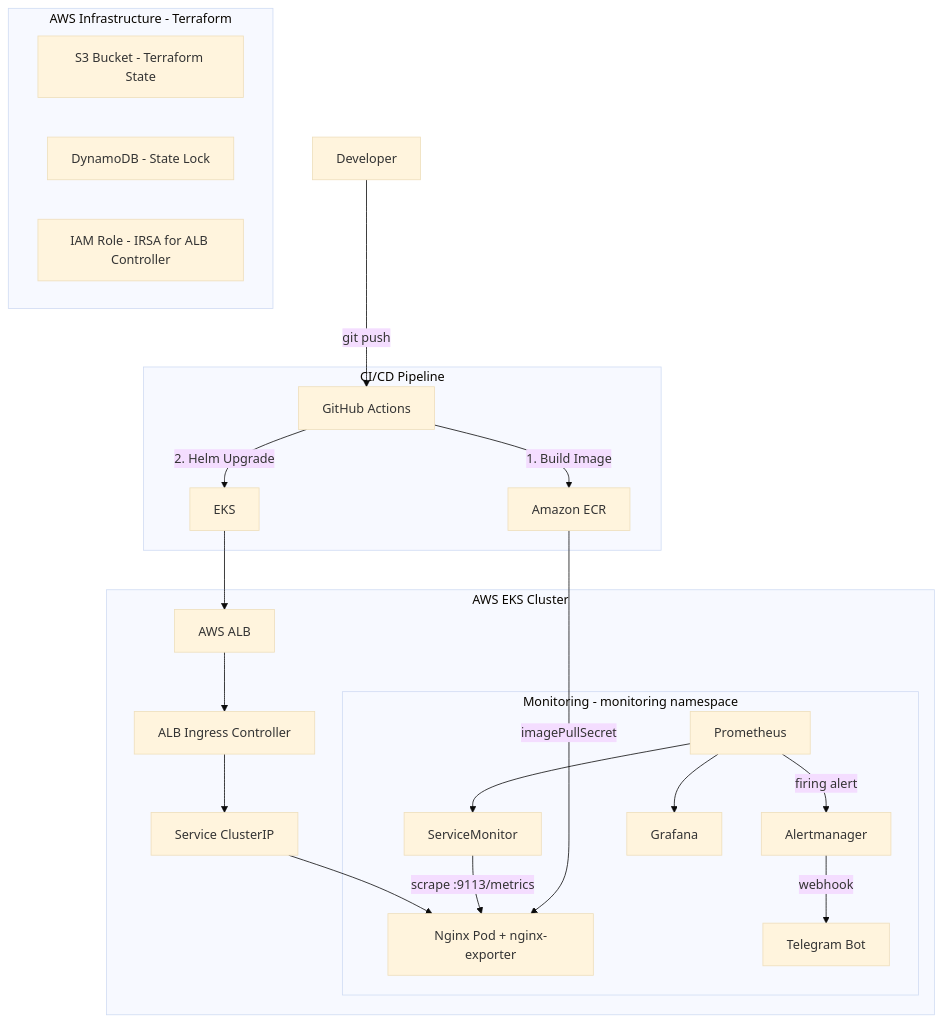
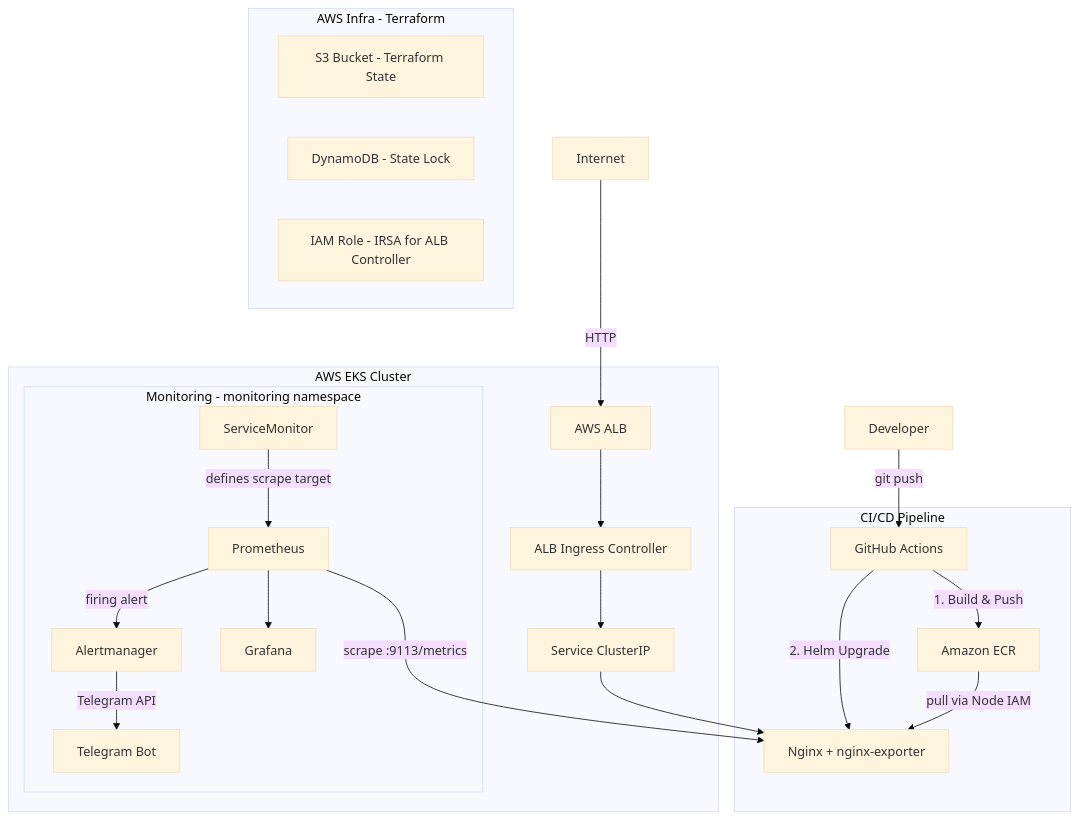
Before and after one commit to genos1020/devops-interview-project: the diagram in README.md, drawn with Mermaid (base theme). The commit also changed other lines of this file, not shown here.

Commit message:
調整README架構圖

````diff
--- a/README.md
+++ b/README.md
@@ -9,32 +9,31 @@
 ```mermaid
 graph TD
     Dev[Developer] -->|git push| GH[GitHub Actions]
+    Internet[Internet] -->|HTTP| ALB
 
     subgraph CI/CD Pipeline
-        GH -->|1. Build Image| ECR[Amazon ECR]
-        GH -->|2. Helm Upgrade| EKS
+        GH -->|1. Build & Push| ECR[Amazon ECR]
+        GH -->|2. Helm Upgrade| Pod
     end
 
     subgraph AWS EKS Cluster
-        EKS --> ALB[AWS ALB]
-        ALB --> Ingress[ALB Ingress Controller]
+        ALB[AWS ALB] --> Ingress[ALB Ingress Controller]
         Ingress --> SVC[Service ClusterIP]
-        SVC --> Pod[Nginx Pod + nginx-exporter]
+        SVC --> Pod[Nginx + nginx-exporter]
+        ECR -->|pull via Node IAM| Pod
 
         subgraph Monitoring - monitoring namespace
-            SM[ServiceMonitor] -->|scrape :9113/metrics| Pod
-            Prom[Prometheus] --> SM
+            SM[ServiceMonitor] -->|defines scrape target| Prom[Prometheus]
+            Prom -->|scrape :9113/metrics| Pod
             Prom -->|firing alert| AM[Alertmanager]
-            AM -->|webhook| TG[Telegram Bot]
+            AM -->|Telegram API| TG[Telegram Bot]
             Prom --> Grafana
         end
     end
 
-    subgraph AWS Infrastructure - Terraform
+    subgraph AWS Infra - Terraform
         S3[S3 Bucket - Terraform State]
         DDB[DynamoDB - State Lock]
         IAM[IAM Role - IRSA for ALB Controller]
     end
-
-    ECR -->|imagePullSecret| Pod
 ```
````
